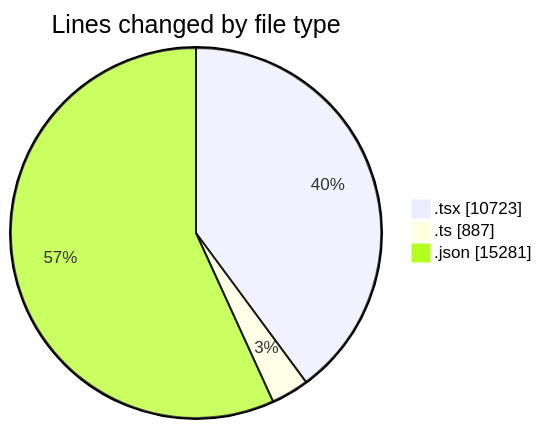
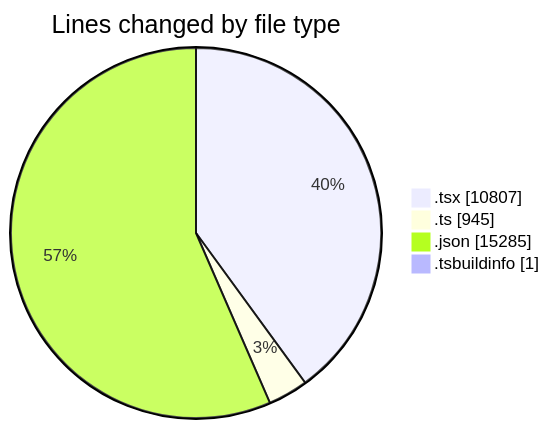
The first of 2 diagrams in 2025-02-18/mbc-web/README.md (robertbonfada/code-tracking), drawn with Mermaid before and after one commit. The commit also changed other lines of this file and 1 other file, not shown here.

````diff
--- a/2025-02-18/mbc-web/README.md
+++ b/2025-02-18/mbc-web/README.md
@@ -140,7 +142,8 @@
 ```mermaid
 pie showData
 title Lines changed by file type
-".tsx" : 10723
-".ts" : 887
-".json" : 15281
+".tsx" : 10807
+".ts" : 945
+".json" : 15285
+".tsbuildinfo" : 1
 ```
````
